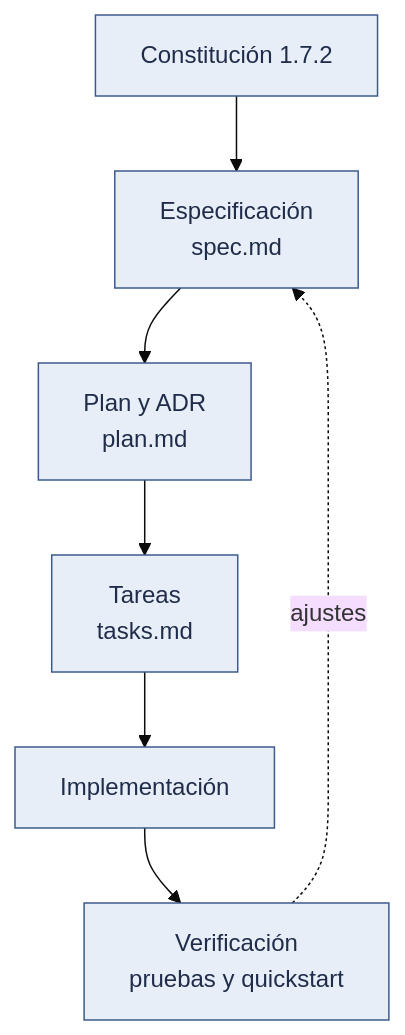
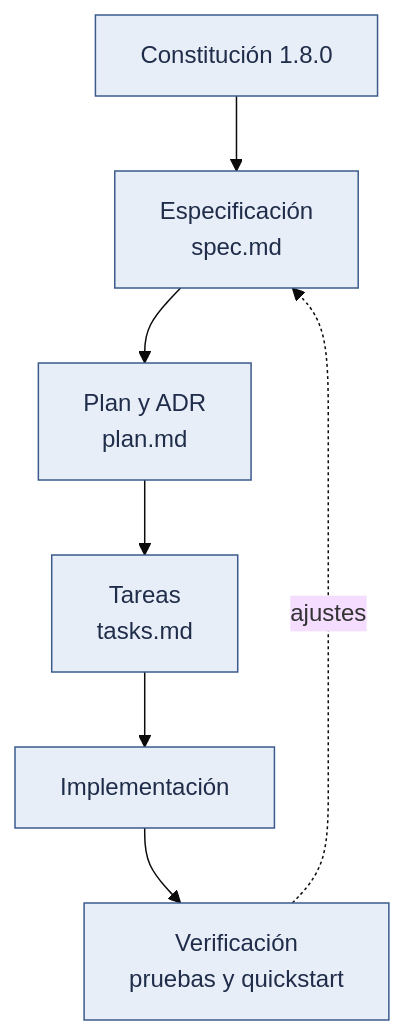
One commit to semcham/proyecto-final-barberia-ayacucho changed the diagram in docs/05-gestion/03-sdd-spec-kit.md. Above: the diagram before and after it, drawn with Mermaid (base theme). The commit also changed other lines of this file and 15 other files, not shown here.

````diff
--- a/docs/05-gestion/03-sdd-spec-kit.md
+++ b/docs/05-gestion/03-sdd-spec-kit.md
@@ -14,16 +14,16 @@
 ```mermaid
 flowchart TB
-    A["Constitución 1.7.2"] --> B["Especificación<br/>spec.md"]
+    A["Constitución 1.8.0"] --> B["Especificación<br/>spec.md"]
     B --> C["Plan y ADR<br/>plan.md"]
     C --> D["Tareas<br/>tasks.md"]
     D --> E["Implementación"]
     E --> F["Verificación<br/>pruebas y quickstart"]
     F -.->|"ajustes"| B
 
     classDef implementado fill:#e8eef7,stroke:#3b5b8c,color:#1f2d4a
     classDef planificado fill:#e8eef7,stroke:#3b5b8c,color:#1f2d4a
     classDef externo fill:#fff3e0,stroke:#ef6c00,color:#e65100
     classDef datos fill:#e3f2fd,stroke:#1565c0,color:#0d47a1
     classDef rechazo fill:#ffebee,stroke:#c62828,color:#b71c1c
     class A,B,C,D,E,F implementado
 ```
````
